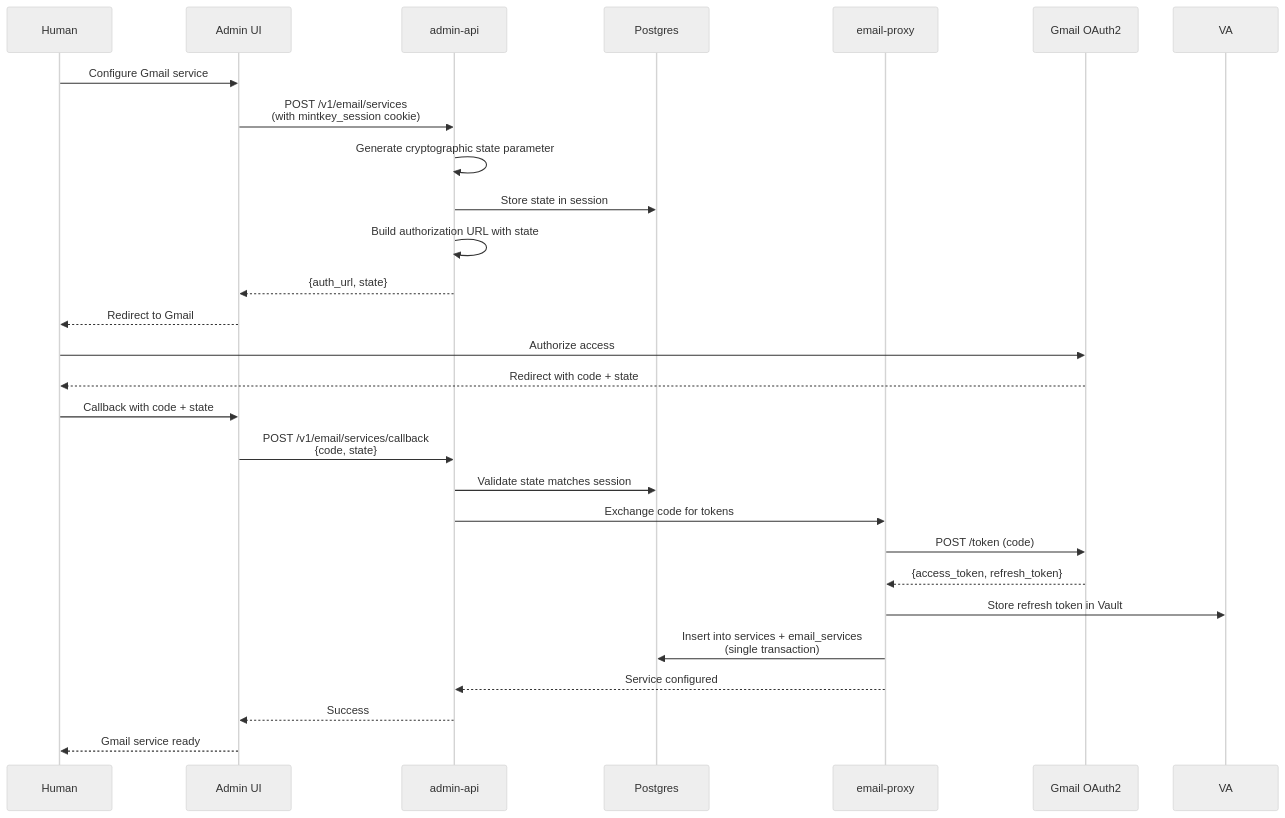
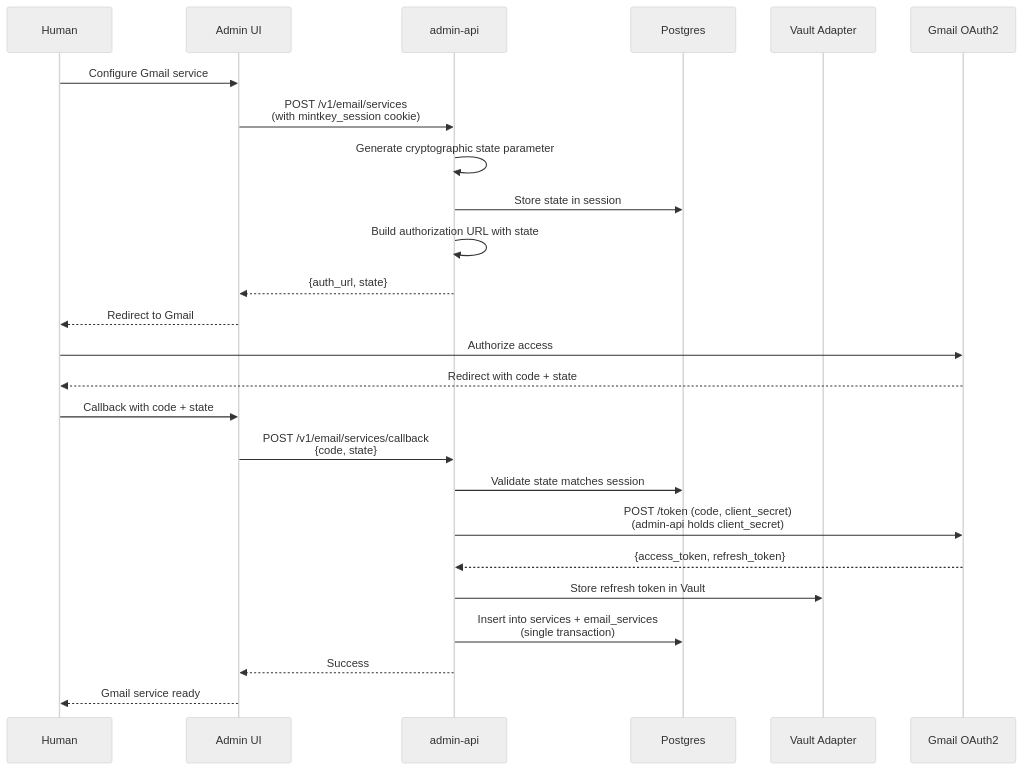
Before and after one commit to WeLikeCode/mintkey: the fourth of 4 diagrams in .kiro/specs/email-proxy/design.md, drawn with Mermaid (neutral theme). The commit also changed 1 other file, not shown here.

Commit message:
docs(email-proxy): fix adversarial review findings in ADR-0024 and design.md
- Rewrote OAuth2 flow actor from email-proxy to admin-api
- Updated sequence diagram in design.md
- Applied comprehensive fix for all Critical and High review findings

````diff
--- a/.kiro/specs/email-proxy/design.md
+++ b/.kiro/specs/email-proxy/design.md
@@ -147,30 +147,28 @@
 ```mermaid
 sequenceDiagram
     participant H as Human
     participant UI as Admin UI
     participant API as admin-api
     participant PG as Postgres
-    participant EP as email-proxy
+    participant VA as Vault Adapter
     participant Gmail as Gmail OAuth2
     
     H->>UI: Configure Gmail service
     UI->>API: POST /v1/email/services<br/>(with mintkey_session cookie)
     API->>API: Generate cryptographic state parameter
     API->>PG: Store state in session
     API->>API: Build authorization URL with state
     API-->>UI: {auth_url, state}
     UI-->>H: Redirect to Gmail
     H->>Gmail: Authorize access
     Gmail-->>H: Redirect with code + state
     H->>UI: Callback with code + state
     UI->>API: POST /v1/email/services/callback<br/>{code, state}
     API->>PG: Validate state matches session
-    API->>EP: Exchange code for tokens
-    EP->>Gmail: POST /token (code)
-    Gmail-->>EP: {access_token, refresh_token}
-    EP->>VA: Store refresh token in Vault
-    EP->>PG: Insert into services + email_services<br/>(single transaction)
-    EP-->>API: Service configured
+    API->>Gmail: POST /token (code, client_secret)<br/>(admin-api holds client_secret)
+    Gmail-->>API: {access_token, refresh_token}
+    API->>VA: Store refresh token in Vault
+    API->>PG: Insert into services + email_services<br/>(single transaction)
     API-->>UI: Success
     UI-->>H: Gmail service ready
 ```
````
